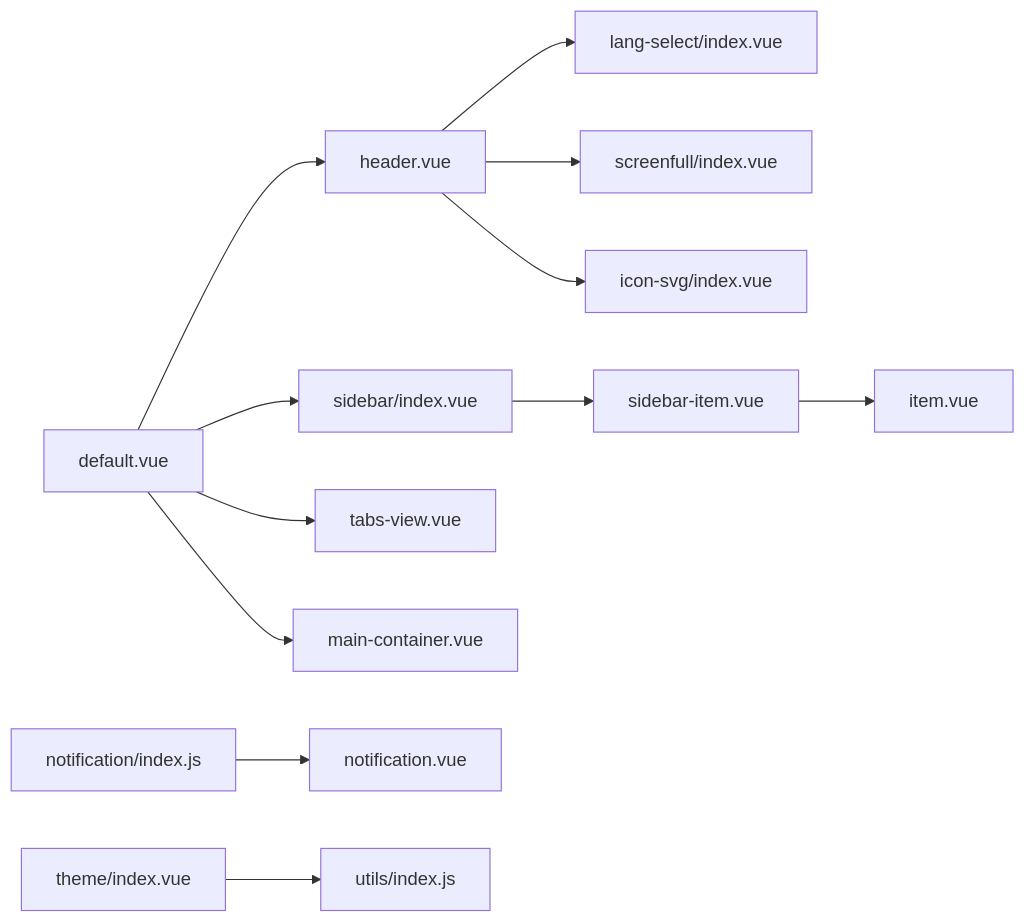
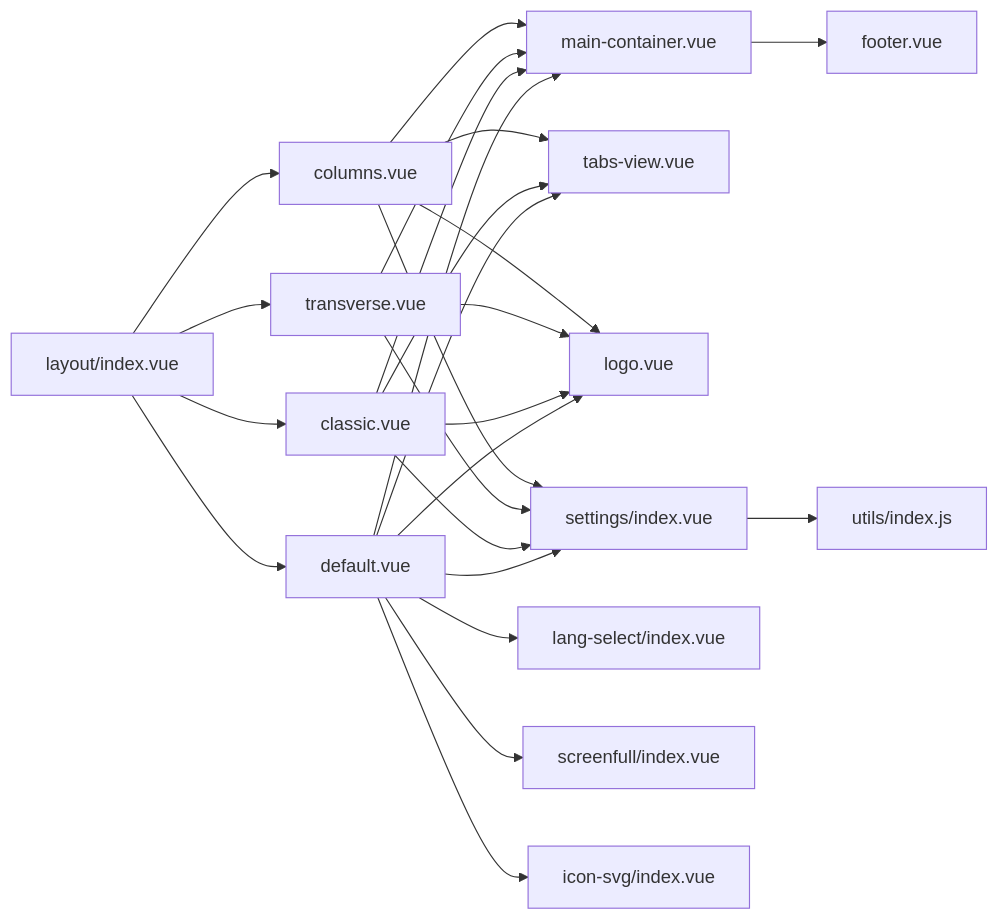
The seventh of 7 diagrams in .qoder/repowiki/zh/content/组件系统/组件系统.md (Neveryu/vue-cms), drawn with Mermaid before and after one commit. The commit also changed other lines of this file and 12 other files, not shown here.

````diff
--- a/.qoder/repowiki/zh/content/组件系统/组件系统.md
+++ b/.qoder/repowiki/zh/content/组件系统/组件系统.md
@@ -349,14 +413,27 @@
 ```mermaid
 graph LR
-DEFAULT["default.vue"] --> HEADER["header.vue"]
-DEFAULT --> SIDEBAR["sidebar/index.vue"]
+LAYOUT_INDEX["layout/index.vue"] --> DEFAULT["default.vue"]
+LAYOUT_INDEX --> CLASSIC["classic.vue"]
+LAYOUT_INDEX --> TRANSVERSE["transverse.vue"]
+LAYOUT_INDEX --> COLUMNS["columns.vue"]
+DEFAULT --> MAIN_CONTAINER["main-container.vue"]
+CLASSIC --> MAIN_CONTAINER
+TRANSVERSE --> MAIN_CONTAINER
+COLUMNS --> MAIN_CONTAINER
+MAIN_CONTAINER --> FOOTER["footer.vue"]
 DEFAULT --> TABS["tabs-view.vue"]
-DEFAULT --> MAIN["main-container.vue"]
-HEADER --> LANG["lang-select/index.vue"]
-HEADER --> SCREEN["screenfull/index.vue"]
-HEADER --> ICON["icon-svg/index.vue"]
-SIDEBAR --> SITEM["sidebar-item.vue"]
-SITEM --> ITEM["item.vue"]
-NOTI_ENTRY["notification/index.js"] --> NOTI["notification.vue"]
-THEME["theme/index.vue"] --> UTILS["utils/index.js"]
+CLASSIC --> TABS
+COLUMNS --> TABS
+DEFAULT --> LOGO["logo.vue"]
+CLASSIC --> LOGO
+TRANSVERSE --> LOGO
+COLUMNS --> LOGO
+DEFAULT --> SETTINGS["settings/index.vue"]
+CLASSIC --> SETTINGS
+TRANSVERSE --> SETTINGS
+COLUMNS --> SETTINGS
+DEFAULT --> LANG["lang-select/index.vue"]
+DEFAULT --> SCREEN["screenfull/index.vue"]
+DEFAULT --> ICON["icon-svg/index.vue"]
+SETTINGS --> UTILS["utils/index.js"]
 ```
````
